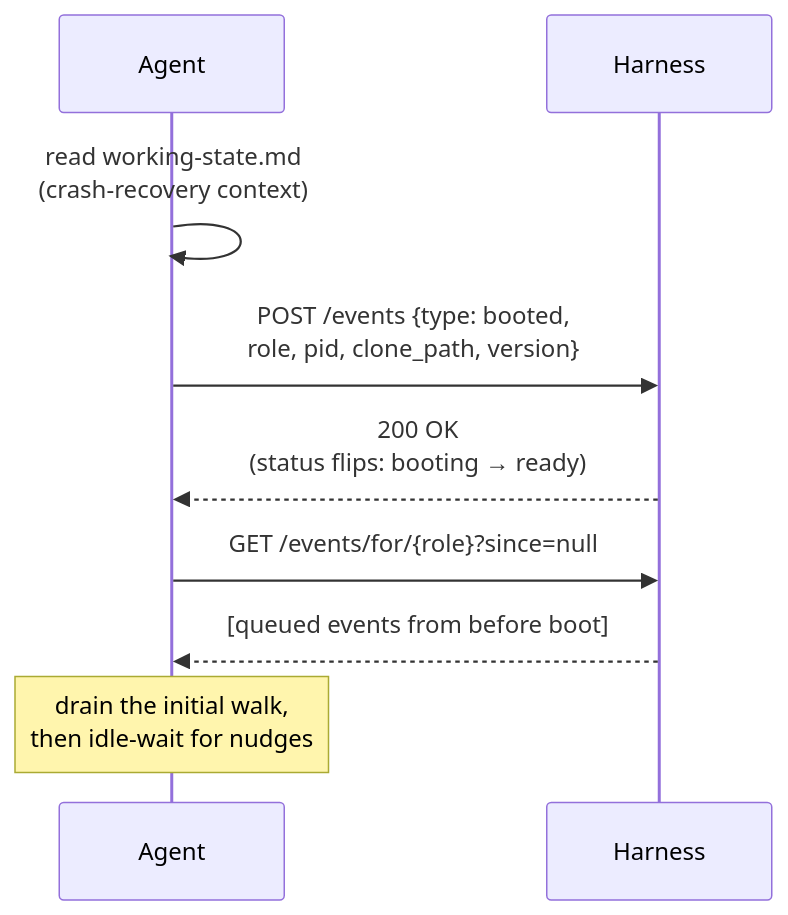
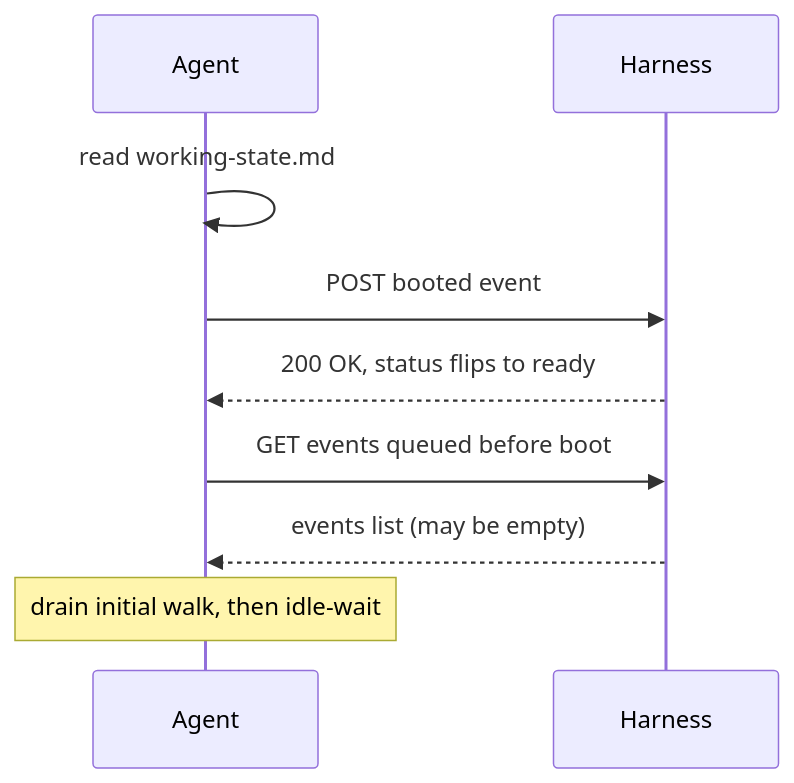
The first of 2 diagrams in .squidsquad/dm/CLAUDE.linked.md (WallyDoodlez/SquidSquad), drawn with Mermaid before and after one commit. The commit also changed other lines of this file and 8 other files, not shown here.

First line of the commit message:
skill: #11144 Iter 14 — simplify mermaids (GitHub render failure) + drop arch-doc section refs

````diff
--- a/.squidsquad/dm/CLAUDE.linked.md
+++ b/.squidsquad/dm/CLAUDE.linked.md
@@ -198,11 +198,11 @@
 ```mermaid
 sequenceDiagram
     participant A as Agent
     participant H as Harness
-    A->>A: read working-state.md<br/>(crash-recovery context)
-    A->>H: POST /events {type: booted,<br/>role, pid, clone_path, version}
-    H-->>A: 200 OK<br/>(status flips: booting → ready)
-    A->>H: GET /events/for/{role}?since=null
-    H-->>A: [queued events from before boot]
-    Note over A: drain the initial walk,<br/>then idle-wait for nudges
+    A->>A: read working-state.md
+    A->>H: POST booted event
+    H-->>A: 200 OK, status flips to ready
+    A->>H: GET events queued before boot
+    H-->>A: events list (may be empty)
+    Note over A: drain initial walk, then idle-wait
 ```
````
